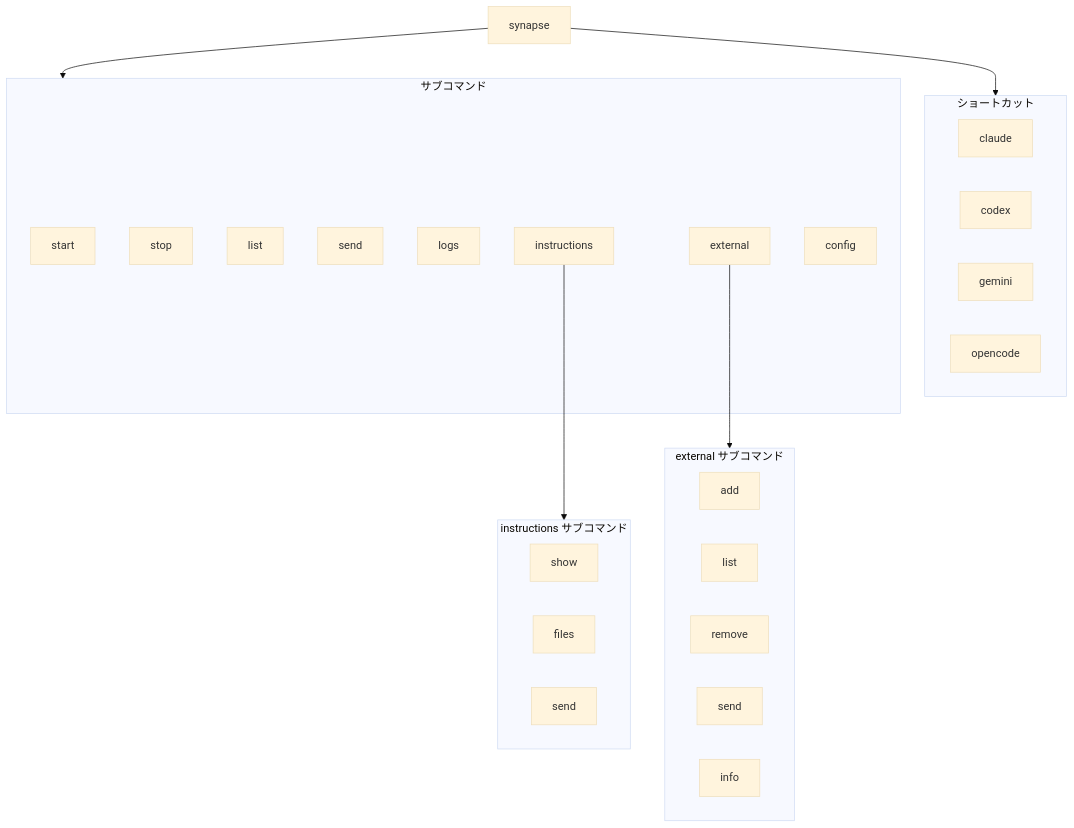
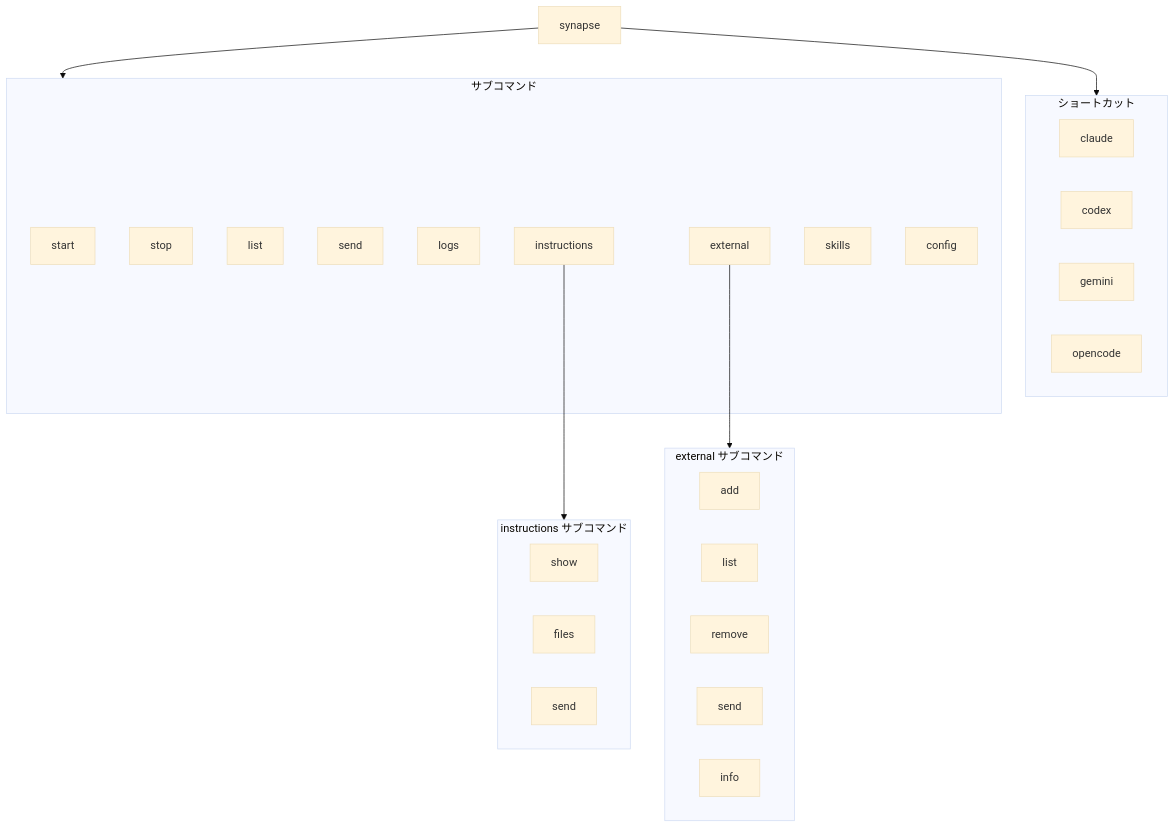
Before and after one commit to s-hiraoku/synapse-a2a: the second of 5 diagrams in guides/usage.md, drawn with Mermaid (base theme). The commit also changed other lines of this file and 23 other files, not shown here.

````diff
--- a/guides/usage.md
+++ b/guides/usage.md
@@ -201,41 +201,42 @@
 ```mermaid
 flowchart TB
     synapse["synapse"]
 
     subgraph Shortcuts["ショートカット"]
         claude["claude"]
         codex["codex"]
         gemini["gemini"]
         opencode["opencode"]
     end
 
     subgraph Commands["サブコマンド"]
         start["start"]
         stop["stop"]
         list["list"]
         send["send"]
         logs["logs"]
         instructions["instructions"]
         external["external"]
+        skills["skills"]
         config["config"]
     end
 
     subgraph Instructions["instructions サブコマンド"]
         inst_show["show"]
         inst_files["files"]
         inst_send["send"]
     end
 
     subgraph External["external サブコマンド"]
         ext_add["add"]
         ext_list["list"]
         ext_remove["remove"]
         ext_send["send"]
         ext_info["info"]
     end
 
     synapse --> Shortcuts
     synapse --> Commands
     instructions --> Instructions
     external --> External
 ```
````
